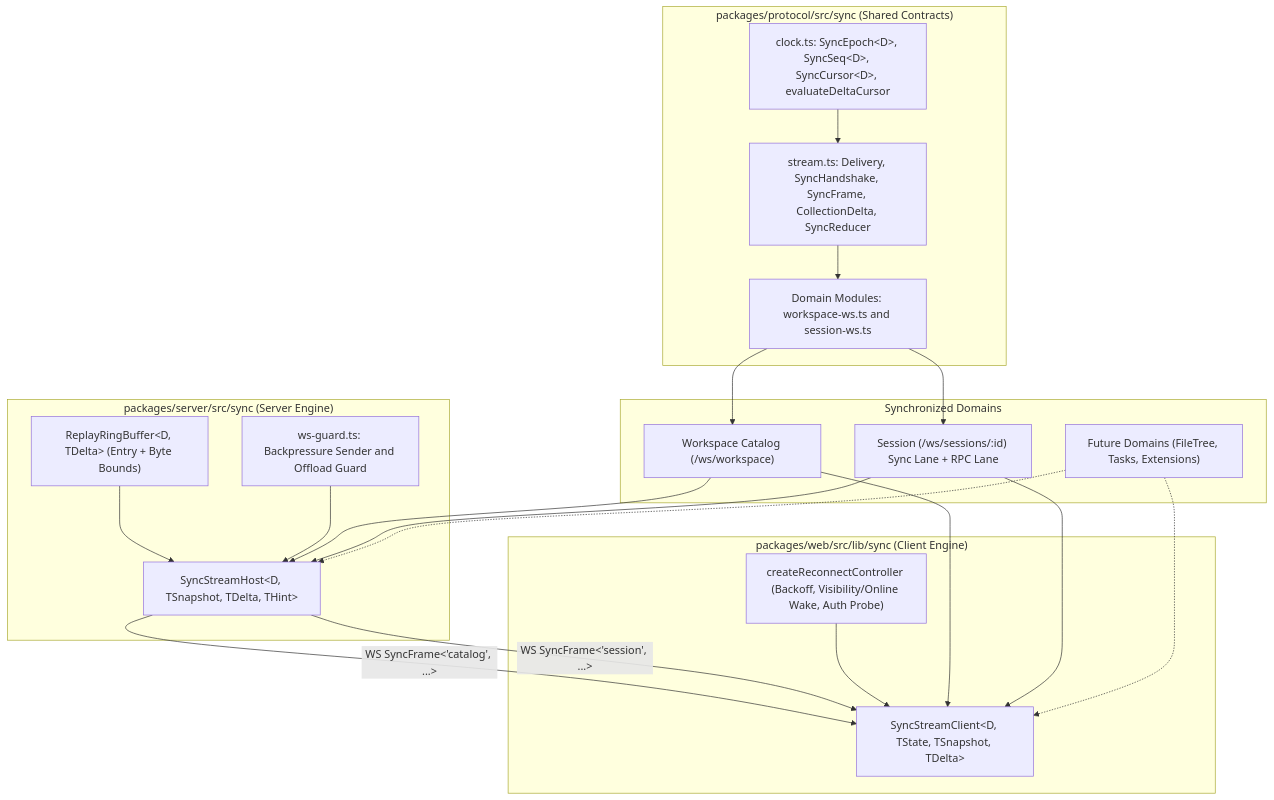
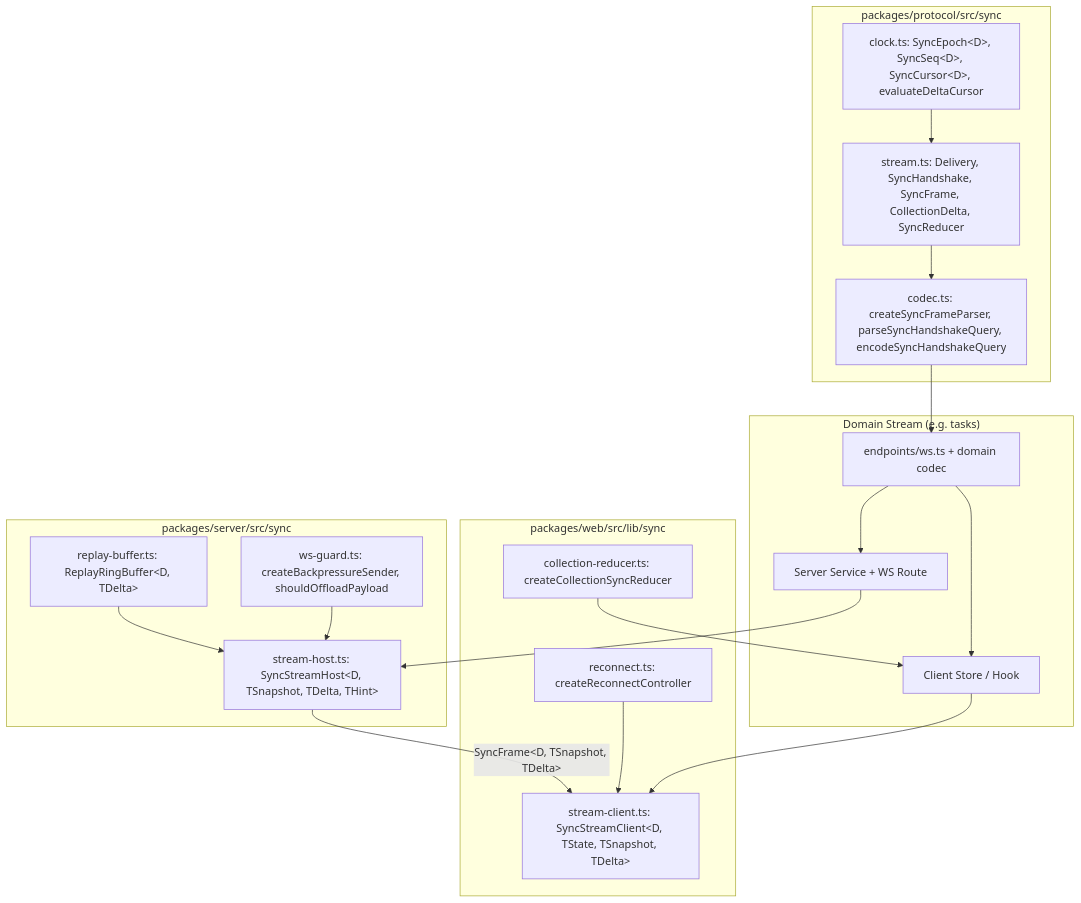
The first of 3 diagrams in docs/versioned_incremental_sync.md (kui04/pivia), drawn with Mermaid before and after one commit. The commit also changed other lines of this file and 2 other files, not shown here.

First line of the commit message:
docs: update agent rules, frontend guide, and sync design doc

````diff
--- a/docs/versioned_incremental_sync.md
+++ b/docs/versioned_incremental_sync.md
@@ -21,40 +21,37 @@
 ```mermaid
 flowchart TD
-    subgraph Protocol["packages/protocol/src/sync (Shared Contracts)"]
+    subgraph Protocol["packages/protocol/src/sync"]
         Clock["clock.ts: SyncEpoch&lt;D&gt;, SyncSeq&lt;D&gt;, SyncCursor&lt;D&gt;, evaluateDeltaCursor"]
         Stream["stream.ts: Delivery, SyncHandshake, SyncFrame, CollectionDelta, SyncReducer"]
-        Domains["Domain Modules: workspace-ws.ts and session-ws.ts"]
+        Codec["codec.ts: createSyncFrameParser, parseSyncHandshakeQuery, encodeSyncHandshakeQuery"]
     end
 
-    subgraph Server["packages/server/src/sync (Server Engine)"]
-        Ring["ReplayRingBuffer&lt;D, TDelta&gt; (Entry + Byte Bounds)"]
-        Host["SyncStreamHost&lt;D, TSnapshot, TDelta, THint&gt;"]
-        Guard["ws-guard.ts: Backpressure Sender and Offload Guard"]
+    subgraph Server["packages/server/src/sync"]
+        Ring["replay-buffer.ts: ReplayRingBuffer&lt;D, TDelta&gt;"]
+        Host["stream-host.ts: SyncStreamHost&lt;D, TSnapshot, TDelta, THint&gt;"]
+        Guard["ws-guard.ts: createBackpressureSender, shouldOffloadPayload"]
     end
 
-    subgraph Web["packages/web/src/lib/sync (Client Engine)"]
-        Client["SyncStreamClient&lt;D, TState, TSnapshot, TDelta&gt;"]
-        Reconnect["createReconnectController (Backoff, Visibility/Online Wake, Auth Probe)"]
+    subgraph Web["packages/web/src/lib/sync"]
+        Client["stream-client.ts: SyncStreamClient&lt;D, TState, TSnapshot, TDelta&gt;"]
+        Reducer["collection-reducer.ts: createCollectionSyncReducer"]
+        Reconnect["reconnect.ts: createReconnectController"]
     end
 
-    subgraph Resources["Synchronized Domains"]
-        Catalog["Workspace Catalog (/ws/workspace)"]
-        Session["Session (/ws/sessions/:id) Sync Lane + RPC Lane"]
-        Future["Future Domains (FileTree, Tasks, Extensions)"]
+    subgraph Domain["Domain Stream (e.g. tasks)"]
+        Endpoint["endpoints/ws.ts + domain codec"]
+        ServerDomain["Server Service + WS Route"]
+        ClientDomain["Client Store / Hook"]
     end
 
-    Clock --> Stream --> Domains
+    Clock --> Stream --> Codec --> Endpoint
     Ring --> Host
     Guard --> Host
-    Host -->|"WS SyncFrame&lt;'catalog', ...&gt;"| Client
-    Host -->|"WS SyncFrame&lt;'session', ...&gt;"| Client
+    Host -->|"SyncFrame&lt;D, TSnapshot, TDelta&gt;"| Client
     Reconnect --> Client
-    Domains --> Catalog
-    Domains --> Session
-    Catalog --> Host
-    Catalog --> Client
-    Session --> Host
-    Session --> Client
-    Future -.-> Host
-    Future -.-> Client
+    Reducer --> ClientDomain
+    Endpoint --> ServerDomain
+    Endpoint --> ClientDomain
+    ServerDomain --> Host
+    ClientDomain --> Client
 ```
````
